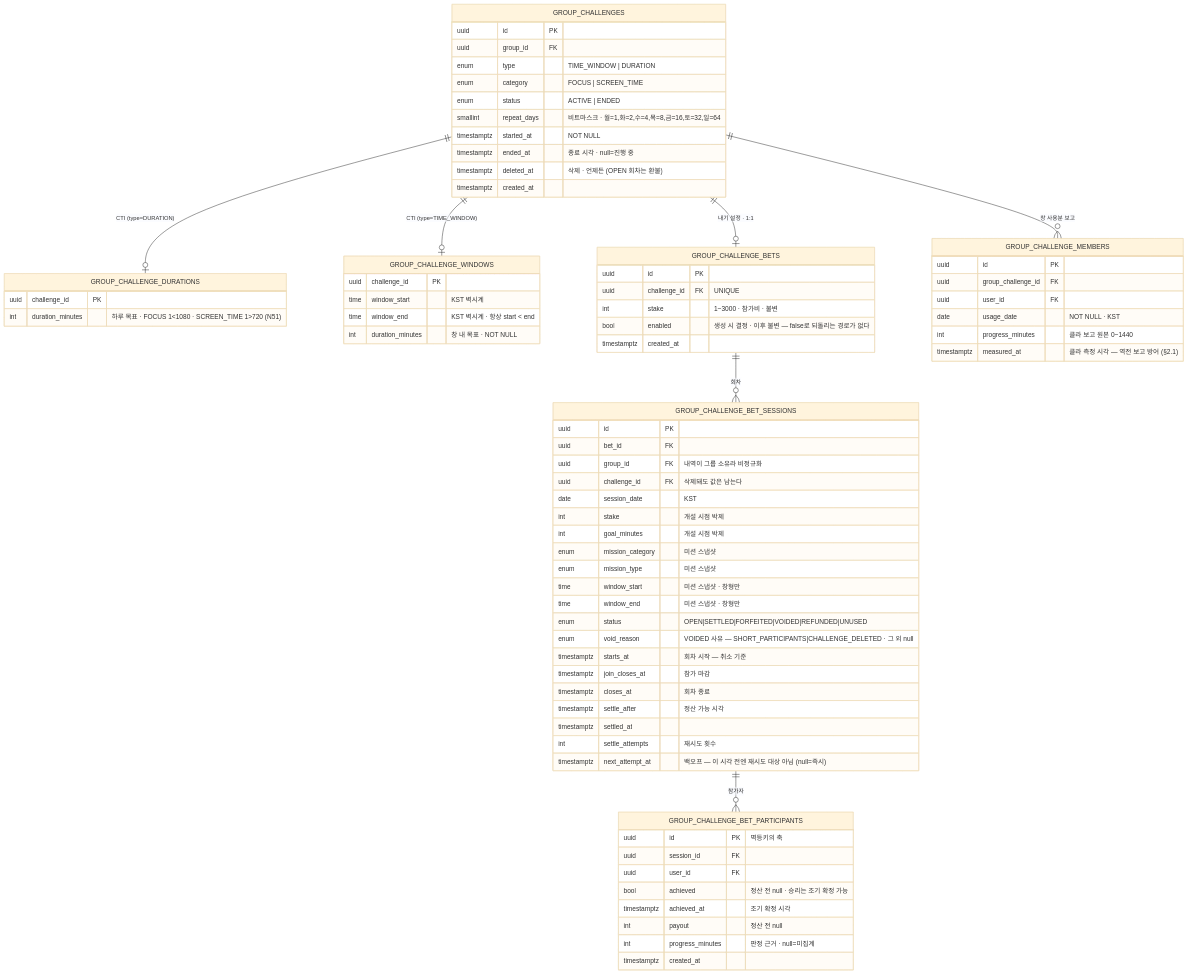
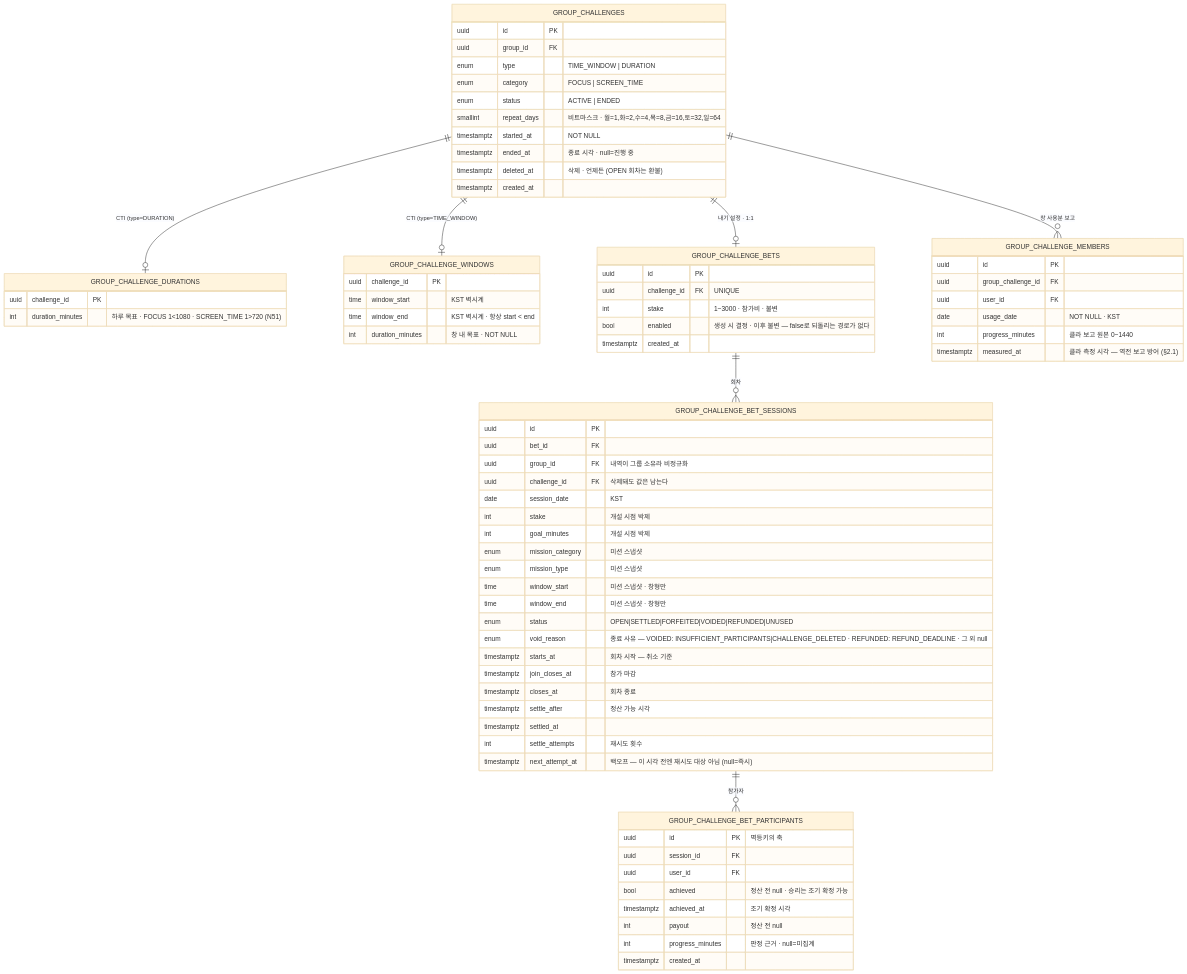
The first of 5 diagrams in docs/prd/challenge/low-level-design.md (OneOrThree/phone), drawn with Mermaid (base theme) before and after one commit. The commit also changed other lines of this file and 7 other files, not shown here.

````diff
--- a/docs/prd/challenge/low-level-design.md
+++ b/docs/prd/challenge/low-level-design.md
@@ -14,79 +14,79 @@
 ```mermaid
 erDiagram
     GROUP_CHALLENGES ||--o| GROUP_CHALLENGE_DURATIONS : "CTI (type=DURATION)"
     GROUP_CHALLENGES ||--o| GROUP_CHALLENGE_WINDOWS : "CTI (type=TIME_WINDOW)"
     GROUP_CHALLENGES ||--o| GROUP_CHALLENGE_BETS : "내기 설정 · 1:1"
     GROUP_CHALLENGES ||--o{ GROUP_CHALLENGE_MEMBERS : "창 사용분 보고"
     GROUP_CHALLENGE_BETS ||--o{ GROUP_CHALLENGE_BET_SESSIONS : "회차"
     GROUP_CHALLENGE_BET_SESSIONS ||--o{ GROUP_CHALLENGE_BET_PARTICIPANTS : "참가자"
 
     GROUP_CHALLENGES {
         uuid id PK
         uuid group_id FK
         enum type "TIME_WINDOW | DURATION"
         enum category "FOCUS | SCREEN_TIME"
         enum status "ACTIVE | ENDED"
         smallint repeat_days "비트마스크 · 월=1,화=2,수=4,목=8,금=16,토=32,일=64"
         timestamptz started_at "NOT NULL"
         timestamptz ended_at "종료 시각 · null=진행 중"
         timestamptz deleted_at "삭제 · 언제든 (OPEN 회차는 환불)"
         timestamptz created_at
     }
     GROUP_CHALLENGE_DURATIONS {
         uuid challenge_id PK
         int duration_minutes "하루 목표 · FOCUS 1~1080 · SCREEN_TIME 1~720 (N51)"
     }
     GROUP_CHALLENGE_WINDOWS {
         uuid challenge_id PK
         time window_start "KST 벽시계"
         time window_end "KST 벽시계 · 항상 start < end"
         int duration_minutes "창 내 목표 · NOT NULL"
     }
     GROUP_CHALLENGE_MEMBERS {
         uuid id PK
         uuid group_challenge_id FK
         uuid user_id FK
         date usage_date "NOT NULL · KST"
         int progress_minutes "클라 보고 원본 0~1440"
         timestamptz measured_at "클라 측정 시각 — 역전 보고 방어 (§2.1)"
     }
     GROUP_CHALLENGE_BETS {
         uuid id PK
         uuid challenge_id FK "UNIQUE"
         int stake "1~3000 · 참가비 · 불변"
         bool enabled "생성 시 결정 · 이후 불변 — false로 되돌리는 경로가 없다"
         timestamptz created_at
     }
     GROUP_CHALLENGE_BET_SESSIONS {
         uuid id PK
         uuid bet_id FK
         uuid group_id FK "내역이 그룹 소유라 비정규화"
         uuid challenge_id FK "삭제돼도 값은 남는다"
         date session_date "KST"
         int stake "개설 시점 박제"
         int goal_minutes "개설 시점 박제"
         enum mission_category "미션 스냅샷"
         enum mission_type "미션 스냅샷"
         time window_start "미션 스냅샷 · 창형만"
         time window_end "미션 스냅샷 · 창형만"
         enum status "OPEN|SETTLED|FORFEITED|VOIDED|REFUNDED|UNUSED"
-        enum void_reason "VOIDED 사유 — SHORT_PARTICIPANTS|CHALLENGE_DELETED · 그 외 null"
+        enum void_reason "종료 사유 — VOIDED: INSUFFICIENT_PARTICIPANTS|CHALLENGE_DELETED · REFUNDED: REFUND_DEADLINE · 그 외 null"
         timestamptz starts_at "회차 시작 — 취소 기준"
         timestamptz join_closes_at "참가 마감"
         timestamptz closes_at "회차 종료"
         timestamptz settle_after "정산 가능 시각"
         timestamptz settled_at
         int settle_attempts "재시도 횟수"
         timestamptz next_attempt_at "백오프 — 이 시각 전엔 재시도 대상 아님 (null=즉시)"
     }
     GROUP_CHALLENGE_BET_PARTICIPANTS {
         uuid id PK "멱등키의 축"
         uuid session_id FK
         uuid user_id FK
         bool achieved "정산 전 null · 승리는 조기 확정 가능"
         timestamptz achieved_at "조기 확정 시각"
         int payout "정산 전 null"
         int progress_minutes "판정 근거 · null=미집계"
         timestamptz created_at
     }
 ```
````
